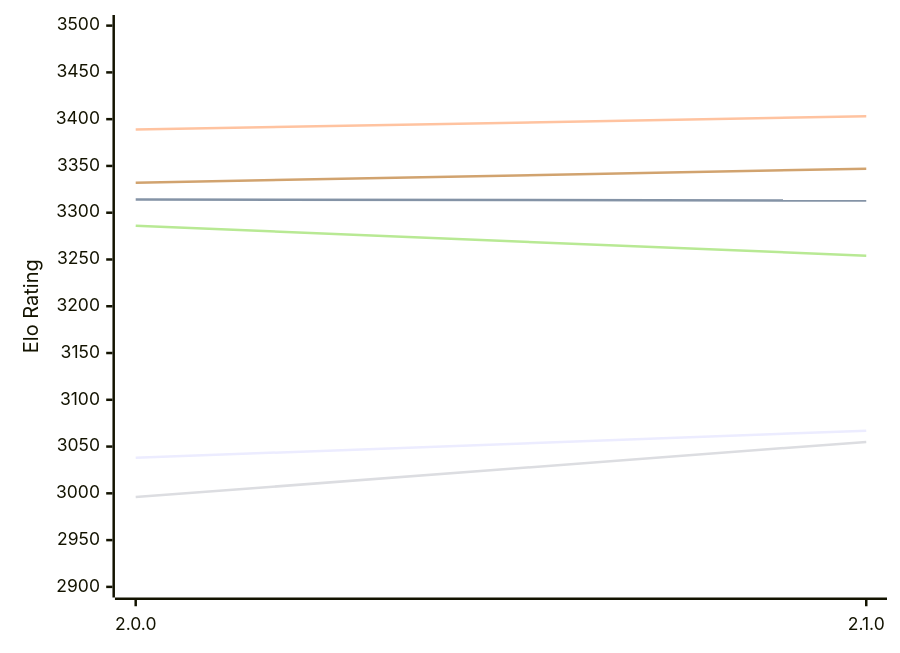
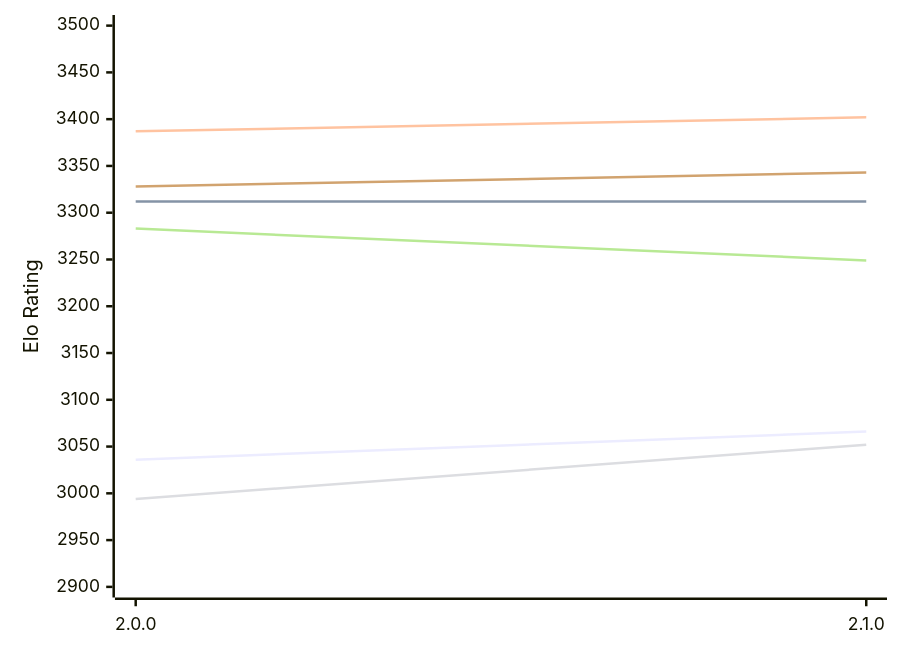
One commit to computer-chess-index/cci changed the diagram in engines/Sapling.md. Above: the diagram before and after it, drawn with Mermaid. The commit also changed other lines of this file, not shown here.

Commit message:
Update CCI Ratings (ELO VLTC) - 2026-11-19

````diff
--- a/engines/Sapling.md
+++ b/engines/Sapling.md
@@ -49,12 +49,12 @@
 ```mermaid
 %%{init: {"theme":"base","themeVariables":{"seriesColors:['#a3a3a3','#222221','#faa371']}}}%%
 xychart-beta
   x-axis ["2.0.0", "2.1.0"]
   y-axis "Elo Rating" 2900 --> 3500
-  line "E1: STC (8.0+0.08s)" [3038, 3067]
-  line "E1: LTC (60.0+0.60s)" [3314, 3313]
-  line "E1: VLTC (2m24s+1.12s)" [3389, 3403]
-  line "P1: STC (8.0+0.08s)" [2996, 3055]
-  line "P1: LTC (60.0+0.60s)" [3286, 3254]
-  line "P1: VLTC (2m24s+1.12s)" [3332, 3347]
+  line "E1: STC (8.0+0.08s)" [3036, 3066]
+  line "E1: LTC (60.0+0.60s)" [3312, 3312]
+  line "E1: VLTC (2m24s+1.12s)" [3387, 3402]
+  line "P1: STC (8.0+0.08s)" [2994, 3052]
+  line "P1: LTC (60.0+0.60s)" [3283, 3249]
+  line "P1: VLTC (2m24s+1.12s)" [3328, 3343]
 ```
````
